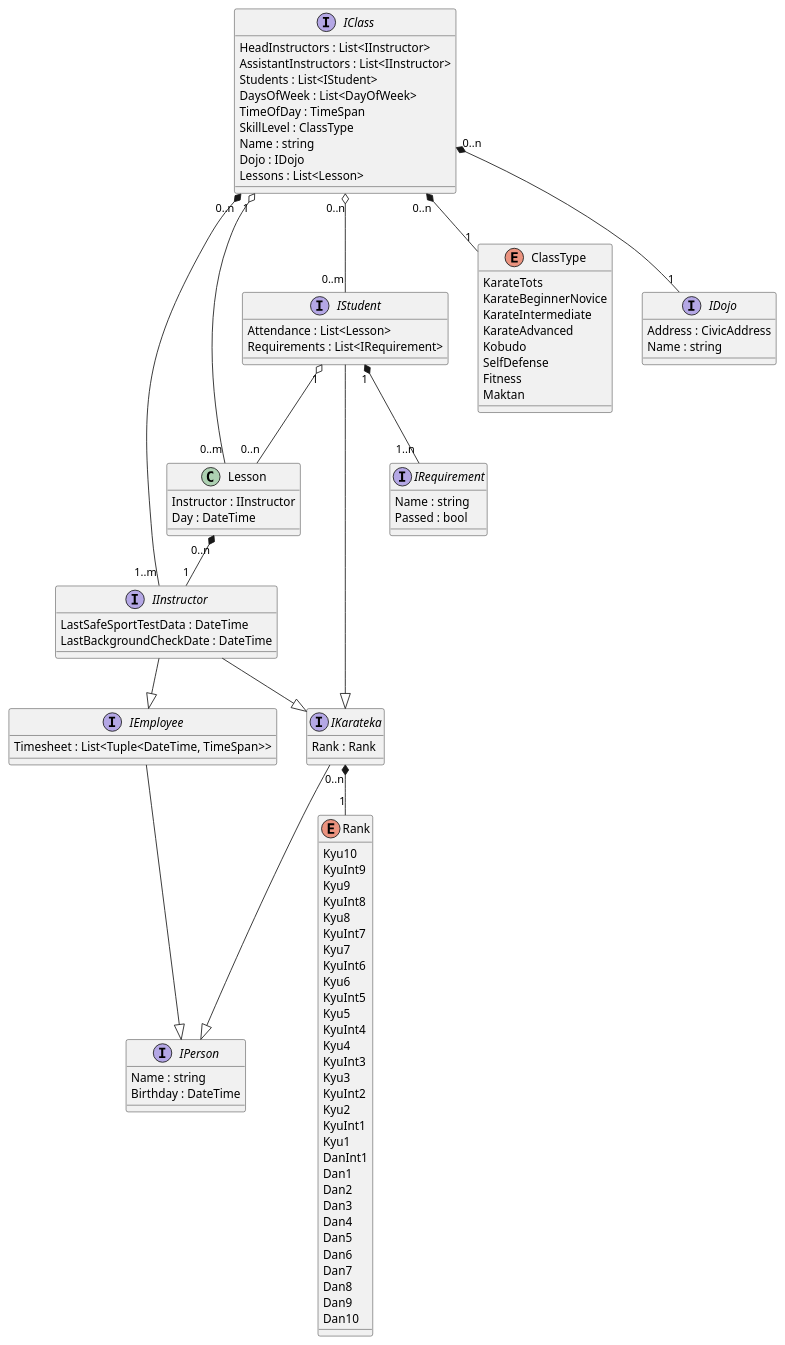
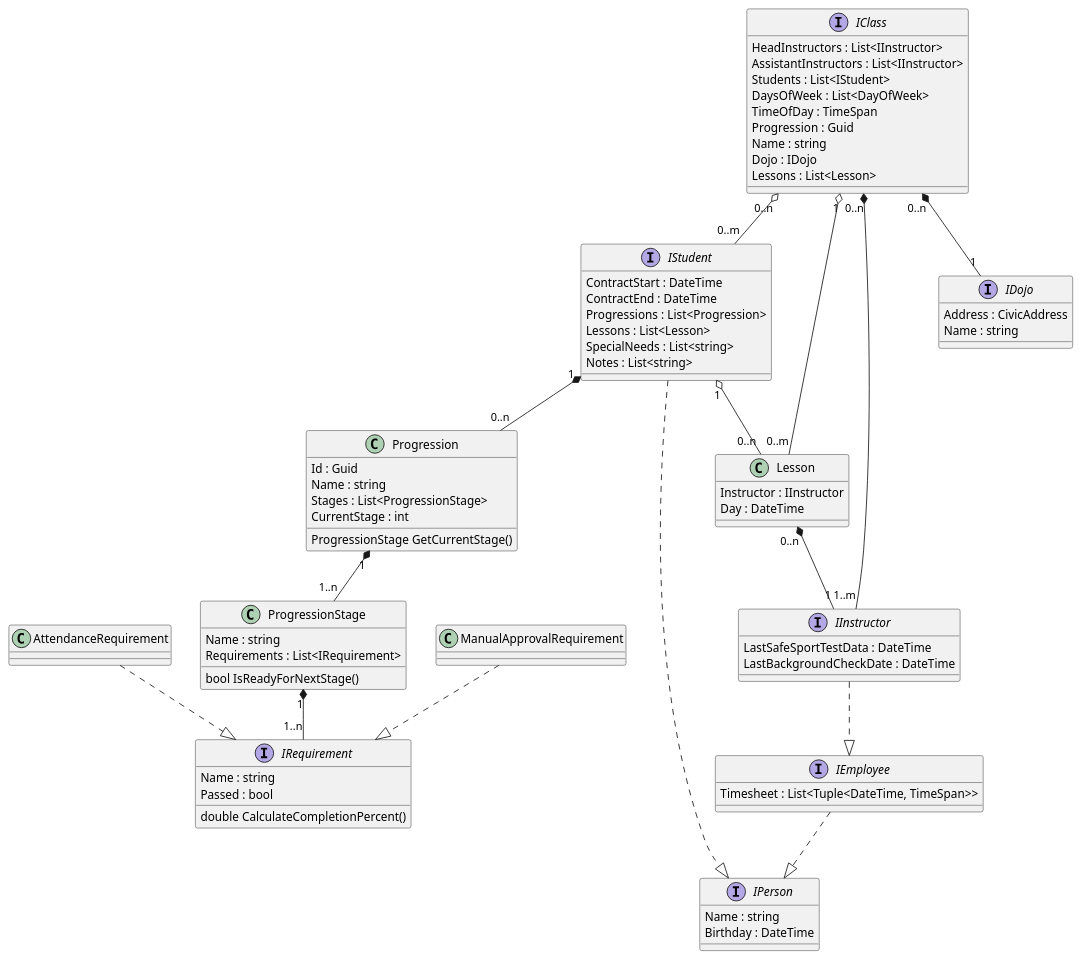
One commit to lavinrp/BmaBackstage changed the diagram in Uml/BmaBackstageModel.plantuml. Above: the diagram before and after it, drawn with PlantUML. The commit also changed 1 other file, not shown here.

Commit message:
i6 - Initial design for progression based model

```diff
--- a/Uml/BmaBackstageModel.plantuml
+++ b/Uml/BmaBackstageModel.plantuml
@@ -1,129 +1,107 @@
 @startuml
+
+
+interface IRequirement
+{
+    Name : string
+    Passed : bool
+    double CalculateCompletionPercent()
+}
+
+class AttendanceRequirement
+{
+}
+
+class ManualApprovalRequirement
+{
+}
+
+class ProgressionStage
+{
+    Name : string
+    Requirements : List<IRequirement>
+    bool IsReadyForNextStage()
+}
+
+class Progression
+{
+    Id : Guid
+    Name : string
+    Stages : List<ProgressionStage>
+    ProgressionStage GetCurrentStage()
+    CurrentStage : int
+}
 
 interface IPerson
 {
     Name : string
     Birthday : DateTime
-}
-
-enum Rank 
-{
-    Kyu10
-    KyuInt9
-    Kyu9
-    KyuInt8
-    Kyu8
-    KyuInt7
-    Kyu7
-    KyuInt6
-    Kyu6
-    KyuInt5
-    Kyu5
-    KyuInt4
-    Kyu4
-    KyuInt3
-    Kyu3
-    KyuInt2
-    Kyu2
-    KyuInt1
-    Kyu1
-    DanInt1
-    Dan1
-    Dan2
-    Dan3
-    Dan4
-    Dan5
-    Dan6
-    Dan7
-    Dan8
-    Dan9
-    Dan10
-}
-
-interface IKarateka
-{
-    Rank : Rank 
 }
 
 interface IEmployee
 {
     Timesheet : List<Tuple<DateTime, TimeSpan>>
 }
 
 interface IInstructor
 {
     LastSafeSportTestData : DateTime
     LastBackgroundCheckDate : DateTime
 }
 
 class Lesson
 {
     Instructor : IInstructor
     Day : DateTime
 }
 
-interface IRequirement
-{
-    Name : string
-    Passed : bool
-}
-
-
 interface IStudent
 {
-    Attendance : List<Lesson>
-    Requirements : List<IRequirement>
-}
-
-enum ClassType
-{
-    KarateTots
-    KarateBeginnerNovice
-    KarateIntermediate
-    KarateAdvanced
-    Kobudo
-    SelfDefense
-    Fitness
-    Maktan
+    ContractStart : DateTime
+    ContractEnd : DateTime
+    Progressions : List<Progression>
+    Lessons : List<Lesson>
+    SpecialNeeds : List<string>
+    Notes : List<string>
 }
 
 interface IDojo
 {
     Address : CivicAddress
     Name : string
 }
 
 interface IClass
 {
     HeadInstructors : List<IInstructor>
     AssistantInstructors : List<IInstructor>
     Students : List<IStudent>
     DaysOfWeek : List<DayOfWeek>
     TimeOfDay : TimeSpan
-    SkillLevel : ClassType
+    Progression : Guid
     Name : string
     Dojo : IDojo
     Lessons : List<Lesson>
 }
 
-IEmployee --|> IPerson
+IEmployee ..|> IPerson
+IInstructor ..|> IEmployee
+IStudent ..|> IPerson
 
-IKarateka --|> IPerson
-IKarateka "0..n" *-- "1" Rank
+AttendanceRequirement ..|> IRequirement
+ManualApprovalRequirement ..|> IRequirement
 
-IInstructor --|> IKarateka
-IInstructor --|> IEmployee
+ProgressionStage "1" *-- "1..n" IRequirement
+Progression "1" *-- "1..n" ProgressionStage
 
-IStudent --|> IKarateka
 IStudent "1" o-- "0..n" Lesson
-IStudent "1" *-- "1..n" IRequirement
+IStudent "1" *-- "0..n" Progression
 
 IClass "0..n" *-- "1..m" IInstructor
 IClass "0..n" o-- "0..m" IStudent
 IClass "0..n" *-- "1" IDojo
-IClass "0..n" *-- "1" ClassType
 IClass "1" o-- "0..m" Lesson
 
 Lesson "0..n" *-- "1" IInstructor
 
 @enduml
```
